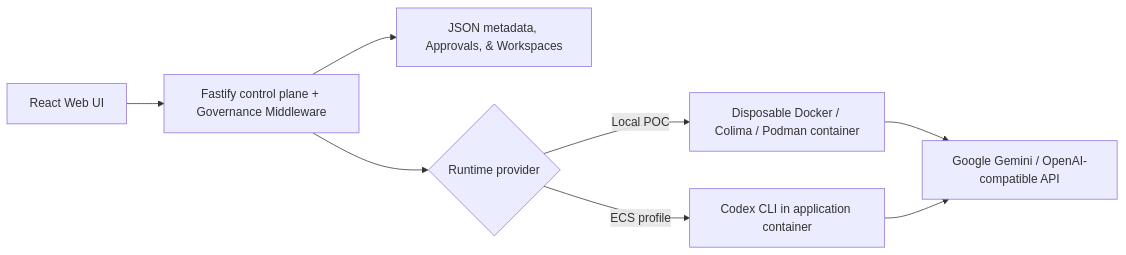
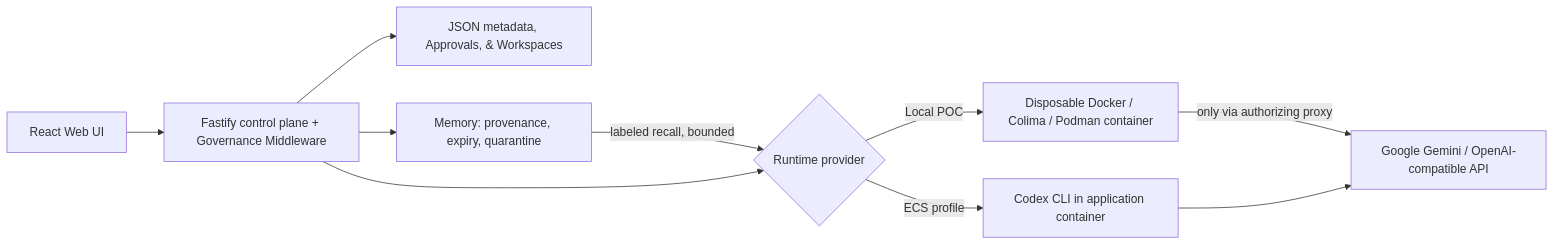
The second of 2 diagrams in README.md (Tuxedolphin/TikTok-TechJam-2026), drawn with Mermaid before and after one commit. The commit also changed other lines of this file and 2 other files, not shown here.

````diff
--- a/README.md
+++ b/README.md
@@ -352,10 +390,12 @@
 ```mermaid
 flowchart LR
     UI["React Web UI"] --> API["Fastify control plane + Governance Middleware"]
     API --> Store["JSON metadata, Approvals, & Workspaces"]
+    API --> Memory["Memory: provenance, expiry, quarantine"]
+    Memory -->|"labeled recall, bounded"| Runtime
     API --> Runtime{"Runtime provider"}
     Runtime -->|Local POC| Container["Disposable Docker / Colima / Podman container"]
     Runtime -->|ECS profile| Codex["Codex CLI in application container"]
-    Container --> ModelAPI["Google Gemini / OpenAI-compatible API"]
+    Container -->|"only via authorizing proxy"| ModelAPI["Google Gemini / OpenAI-compatible API"]
     Codex --> ModelAPI
 ```
````
